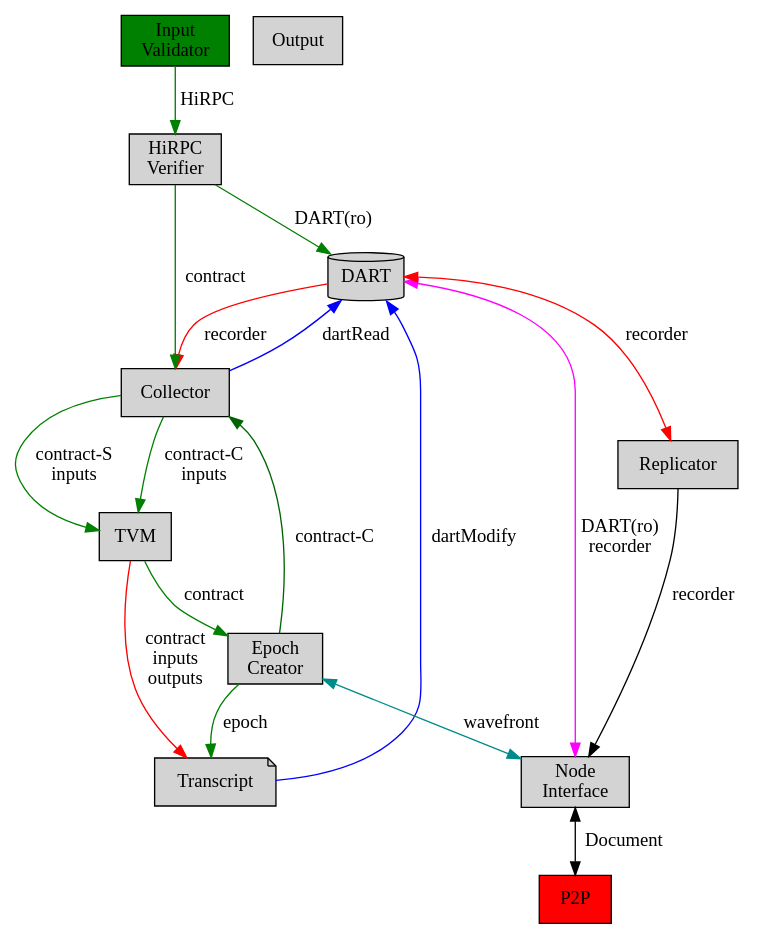
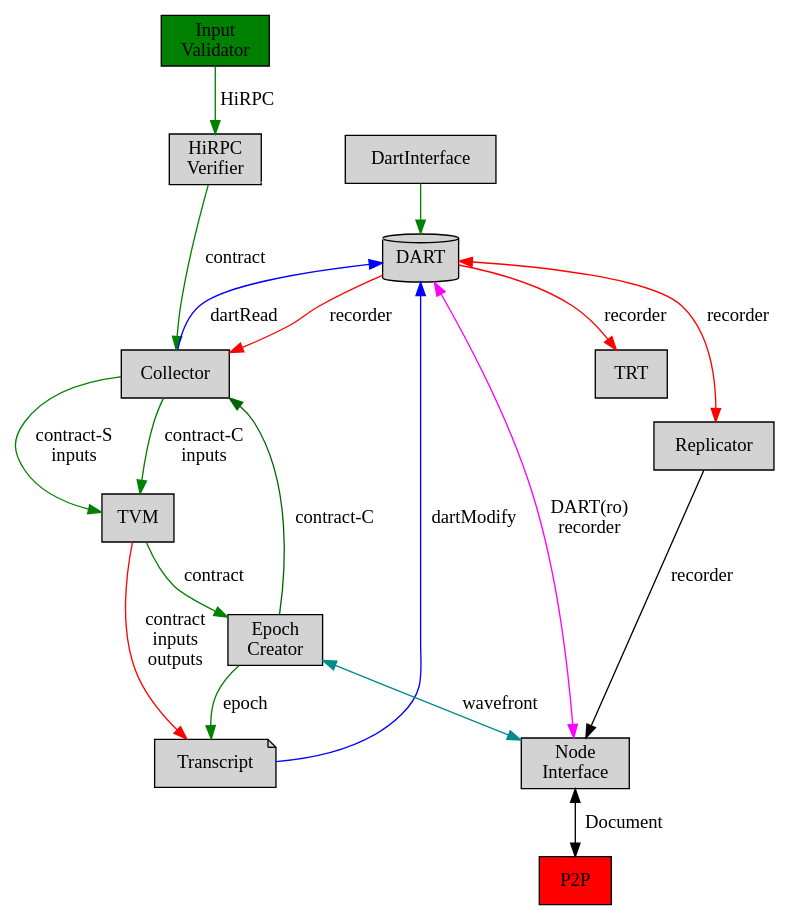
The first of 2 diagrams in documents/architecture/Network_Architecture.md (tagion/tagion), drawn with Graphviz before and after one commit. The commit also changed other lines of this file, not shown here.

Commit message:
doc: add dart interface and trt to architecture ov

````diff
--- a/documents/architecture/Network_Architecture.md
+++ b/documents/architecture/Network_Architecture.md
@@ -29,39 +31,40 @@
 ```graphviz
 digraph Message_flow {
   compound=true;
   labelangle=35;
   node [style=filled]
   node [ shape = "rect"];
   Input [href="#/documents/architecture/InputValidator.md" label="Input\nValidator" style=filled fillcolor=green ]
-  Output 
   DART [href="#/documents/architecture/DART.md" shape = cylinder];
   P2P [ style=filled fillcolor=red]
   HiRPCVerifier [href="#/documents/architecture/HiRPCVerifier.md"  label="HiRPC\nVerifier"]
   NodeInterface [href="#/documents/architecture/NodeInterface.md"  label="Node\nInterface"]
   Transcript [href="#/documents/architecture/Transcript.md" shape = note]
   EpochCreator [href="#/documents/architecture/EpochCreator.md" label="Epoch\nCreator"]
   TVM [href="#/documents/architecture/TVM.md"]
 
   Input -> HiRPCVerifier [label="HiRPC" color=green];
   Collector [href="#/documents/architecture/Collector.md"]
   Replicator [href="#/documents/architecture/Replicator.md"]
 
   HiRPCVerifier -> Collector [label="contract" color=green];
-  HiRPCVerifier -> DART [label="DART(ro)" color=green];
+  HiRPCVerifier -> DART [color=white];
   Collector -> DART [label=dartRead color=blue]
   Collector -> TVM [label="contract-S\ninputs" color=green];
   Collector -> TVM [label="contract-C\ninputs" color=green];
   EpochCreator -> Collector [label="contract-C" color=darkgreen];
   EpochCreator -> Transcript [label=epoch color=green];
   TVM -> Transcript [label="contract\ninputs\noutputs" color=red];
   TVM -> EpochCreator [label="contract" color=green];
   
   DART -> Replicator [label=recorder color=red dir=both];
   DART -> NodeInterface [label="DART(ro)\nrecorder" dir=both color=magenta];
   DART -> Collector [label="recorder" color=red];
+  DART -> TRT [label="recorder" color=red];
+  DartInterface -> DART [color=green];
   NodeInterface -> P2P [label=Document dir=both];
   EpochCreator -> NodeInterface [label=wavefront dir=both color=cyan4];
   Transcript -> DART [label=dartModify color=blue];
   Replicator -> NodeInterface [label=recorder];
 }
 ```
````
